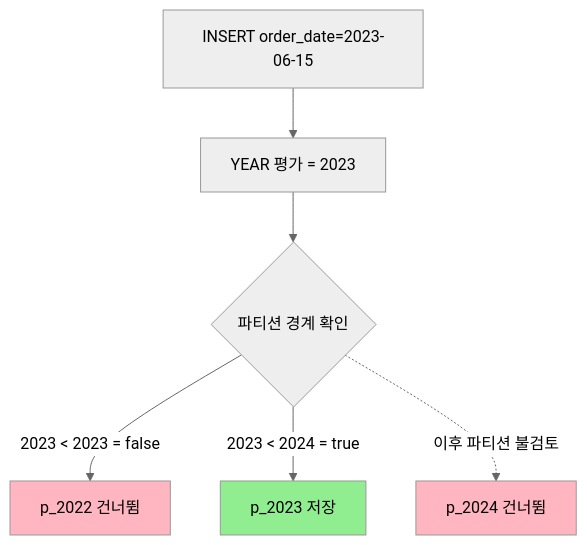
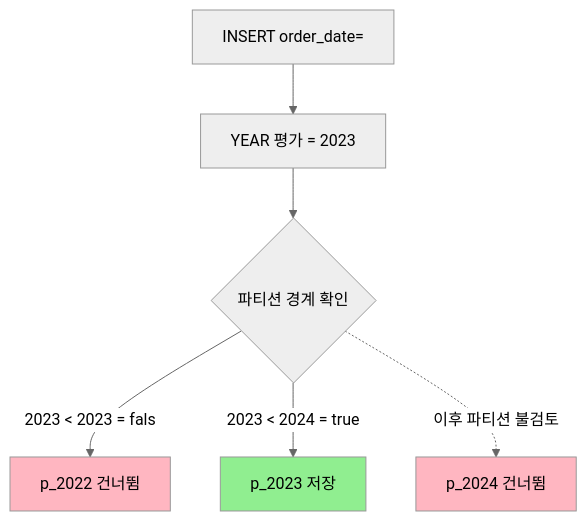
The fourth of 4 diagrams in _posts/db/2026-05-01-db-partitioning.md (yjkim2015/yjkim2015.github.io), drawn with Mermaid (neutral theme) before and after one commit. The commit also changed other lines of this file and 271 other files, not shown here.

First line of the commit message:
Mermaid 라벨 축소: 긴 노드 텍스트 18자 이하로 트림 + \n 제거

````diff
--- a/_posts/db/2026-05-01-db-partitioning.md
+++ b/_posts/db/2026-05-01-db-partitioning.md
@@ -112,12 +112,12 @@
 ```mermaid
 graph TD
-    Insert["INSERT order_date=2023-06-15"]
+    Insert["INSERT order_date="]
     Insert --> Eval["YEAR 평가 = 2023"]
     Eval --> Check{"파티션 경계 확인"}
-    Check -->|"2023 < 2023 = false"| P2022["p_2022 건너뜀"]
+    Check -->|"2023 < 2023 = fals"| P2022["p_2022 건너뜀"]
     Check -->|"2023 < 2024 = true"| P2023["p_2023 저장"]
     Check -.->|"이후 파티션 불검토"| P2024["p_2024 건너뜀"]
     style P2023 fill:#90EE90
     style P2022 fill:#FFB6C1
     style P2024 fill:#FFB6C1
 ```
````
